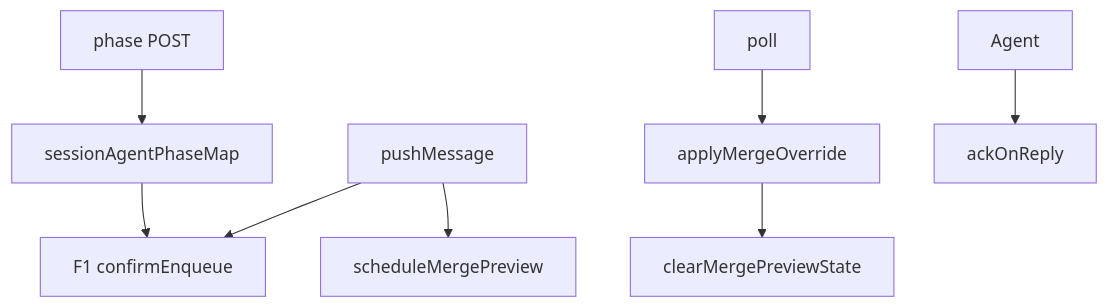
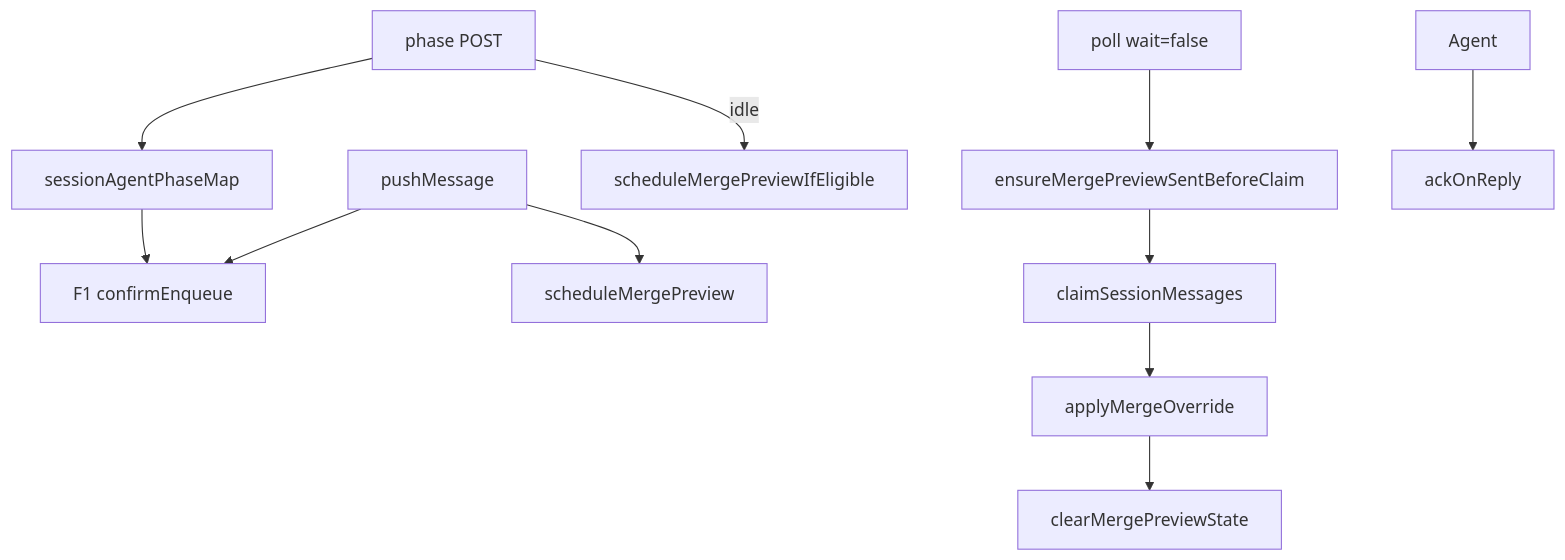
One commit to lk-eternal/cursor-claw changed the diagram in knowledge/业务域/消息桥接/04-消息队列与路由.md. Above: the diagram before and after it, drawn with Mermaid. The commit also changed other lines of this file and 16 other files, not shown here.

````diff
--- a/knowledge/业务域/消息桥接/04-消息队列与路由.md
+++ b/knowledge/业务域/消息桥接/04-消息队列与路由.md
@@ -30,10 +32,13 @@
 ```mermaid
 flowchart TD
   PM[pushMessage] --> CE[F1 confirmEnqueue]
   PM --> SCH[scheduleMergePreview]
   EP[phase POST] --> MAP[sessionAgentPhaseMap]
+  EP -->|idle| COMP[scheduleMergePreviewIfEligible]
   MAP --> CE
-  POLL[poll] --> OVR[applyMergeOverride]
+  POLL[poll wait=false] --> ENS[ensureMergePreviewSentBeforeClaim]
+  ENS --> CLM[claimSessionMessages]
+  CLM --> OVR[applyMergeOverride]
   OVR --> CLR[clearMergePreviewState]
   AG[Agent] --> ACK[ackOnReply]
 ```
````
